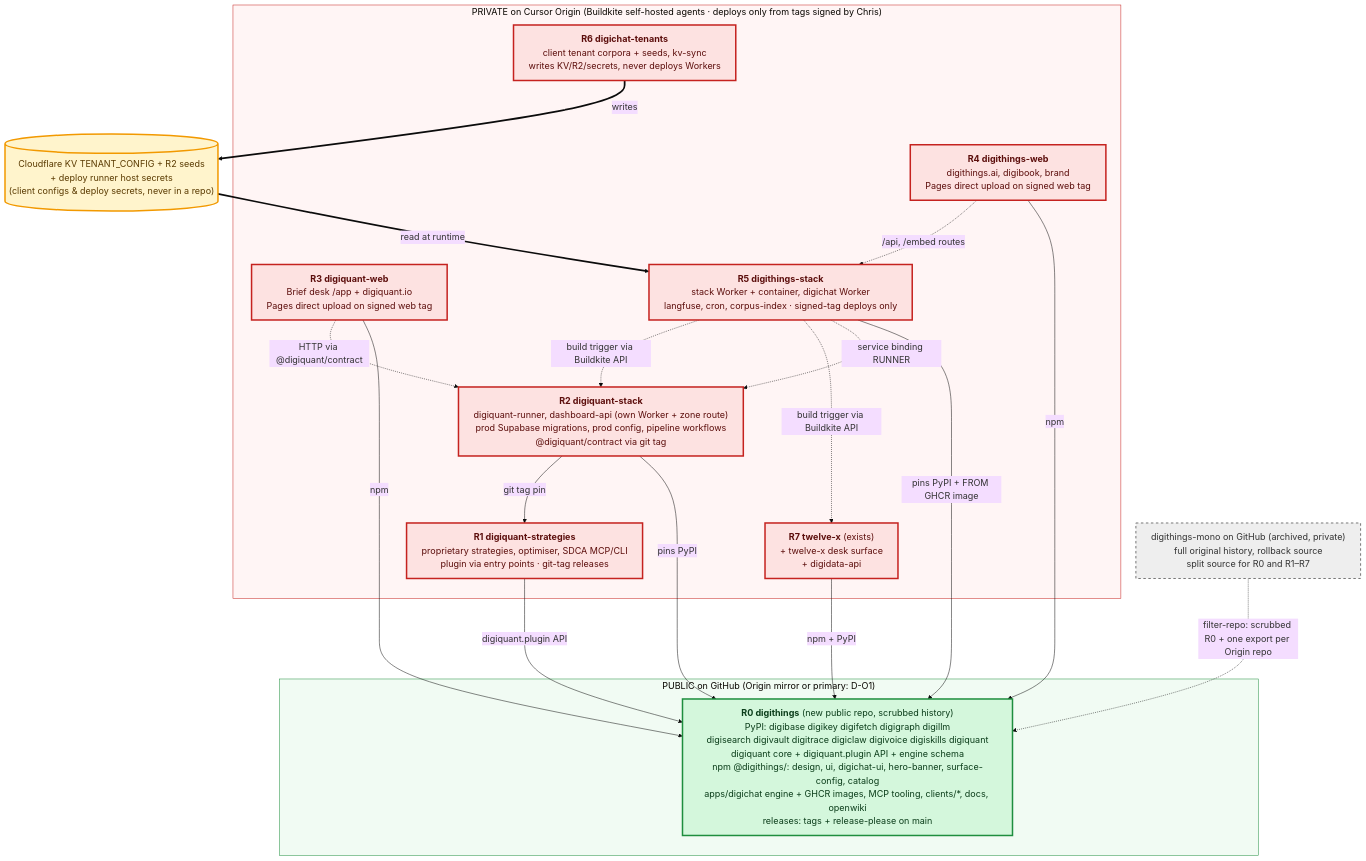
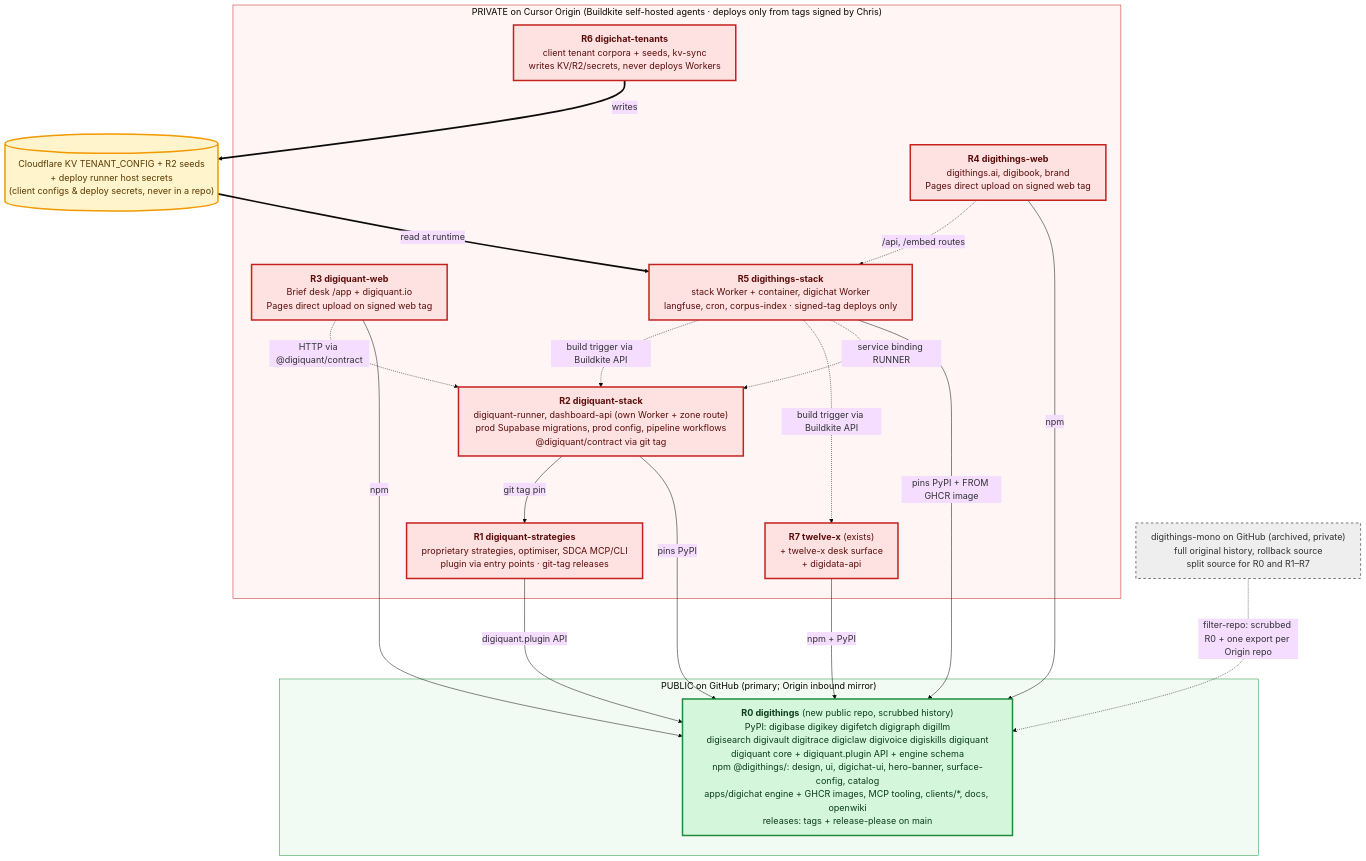
The diagram in docs/repo-split/repo-split.mmd (digithings-ai/digithings), drawn with Mermaid before and after one commit. The commit also changed 5 other files, not shown here.

```diff
--- a/docs/repo-split/repo-split.mmd
+++ b/docs/repo-split/repo-split.mmd
@@ -1,40 +1,40 @@
 %%{init: {'theme':'base','themeVariables':{'fontSize':'18px'},'flowchart':{'curve':'basis','nodeSpacing':40,'rankSpacing':80,'wrappingWidth':600}}}%%
 flowchart TB
-  subgraph PUB["PUBLIC on GitHub (Origin mirror or primary: D-O1)"]
+  subgraph PUB["PUBLIC on GitHub (primary; Origin inbound mirror)"]
     R0["<b>R0 digithings</b> (new public repo, scrubbed history)<br/>PyPI: digibase digikey digifetch digigraph digillm<br/>digisearch digivault digitrace digiclaw digivoice digiskills digiquant<br/>digiquant core + digiquant.plugin API + engine schema<br/>npm @digithings/: design, ui, digichat-ui, hero-banner, surface-config, catalog<br/>apps/digichat engine + GHCR images, MCP tooling, clients/*, docs, openwiki<br/>releases: tags + release-please on main"]
   end
   subgraph PRIV["PRIVATE on Cursor Origin (Buildkite self-hosted agents · deploys only from tags signed by Chris)"]
     R1["<b>R1 digiquant-strategies</b><br/>proprietary strategies, optimiser, SDCA MCP/CLI<br/>plugin via entry points · git-tag releases"]
     R2["<b>R2 digiquant-stack</b><br/>digiquant-runner, dashboard-api (own Worker + zone route)<br/>prod Supabase migrations, prod config, pipeline workflows<br/>@digiquant/contract via git tag"]
     R3["<b>R3 digiquant-web</b><br/>Brief desk /app + digiquant.io<br/>Pages direct upload on signed web tag"]
     R4["<b>R4 digithings-web</b><br/>digithings.ai, digibook, brand<br/>Pages direct upload on signed web tag"]
     R5["<b>R5 digithings-stack</b><br/>stack Worker + container, digichat Worker<br/>langfuse, cron, corpus-index · signed-tag deploys only"]
     R6["<b>R6 digichat-tenants</b><br/>client tenant corpora + seeds, kv-sync<br/>writes KV/R2/secrets, never deploys Workers"]
     R7["<b>R7 twelve-x</b> (exists)<br/>+ twelve-x desk surface<br/>+ digidata-api"]
   end
   MONO["digithings-mono on GitHub (archived, private)<br/>full original history, rollback source<br/>split source for R0 and R1–R7"]
   KV[("Cloudflare KV TENANT_CONFIG + R2 seeds<br/>+ deploy runner host secrets<br/>(client configs &amp; deploy secrets, never in a repo)")]
 
   R1 -->|digiquant.plugin API| R0
   R2 -->|pins PyPI| R0
   R2 -->|git tag pin| R1
   R3 -->|npm| R0
   R4 -->|npm| R0
   R5 -->|pins PyPI + FROM GHCR image| R0
   R7 -->|npm + PyPI| R0
   R3 -.->|HTTP via @digiquant/contract| R2
   R4 -.->|/api, /embed routes| R5
   R5 -.->|service binding RUNNER| R2
   R5 -.->|build trigger via Buildkite API| R7
   R5 -.->|build trigger via Buildkite API| R2
   R6 ==>|writes| KV
   KV ==>|read at runtime| R5
   MONO -.->|filter-repo: scrubbed R0 + one export per Origin repo| R0
 
   classDef pub fill:#d4f7dc,stroke:#1e8e3e,stroke-width:3px,color:#0b3d1a;
   classDef priv fill:#fde2e1,stroke:#c5221f,stroke-width:3px,color:#5c0e0c;
   classDef kv fill:#fff4cc,stroke:#f29900,stroke-width:3px,color:#5a3a00;
   classDef arch fill:#eeeeee,stroke:#777777,stroke-width:2px,color:#333333,stroke-dasharray: 5 5;
   class R0 pub; class R1,R2,R3,R4,R5,R6,R7 priv; class KV kv; class MONO arch;
   style PUB fill:#f1fbf3,stroke:#1e8e3e
   style PRIV fill:#fff5f5,stroke:#c5221f
```
